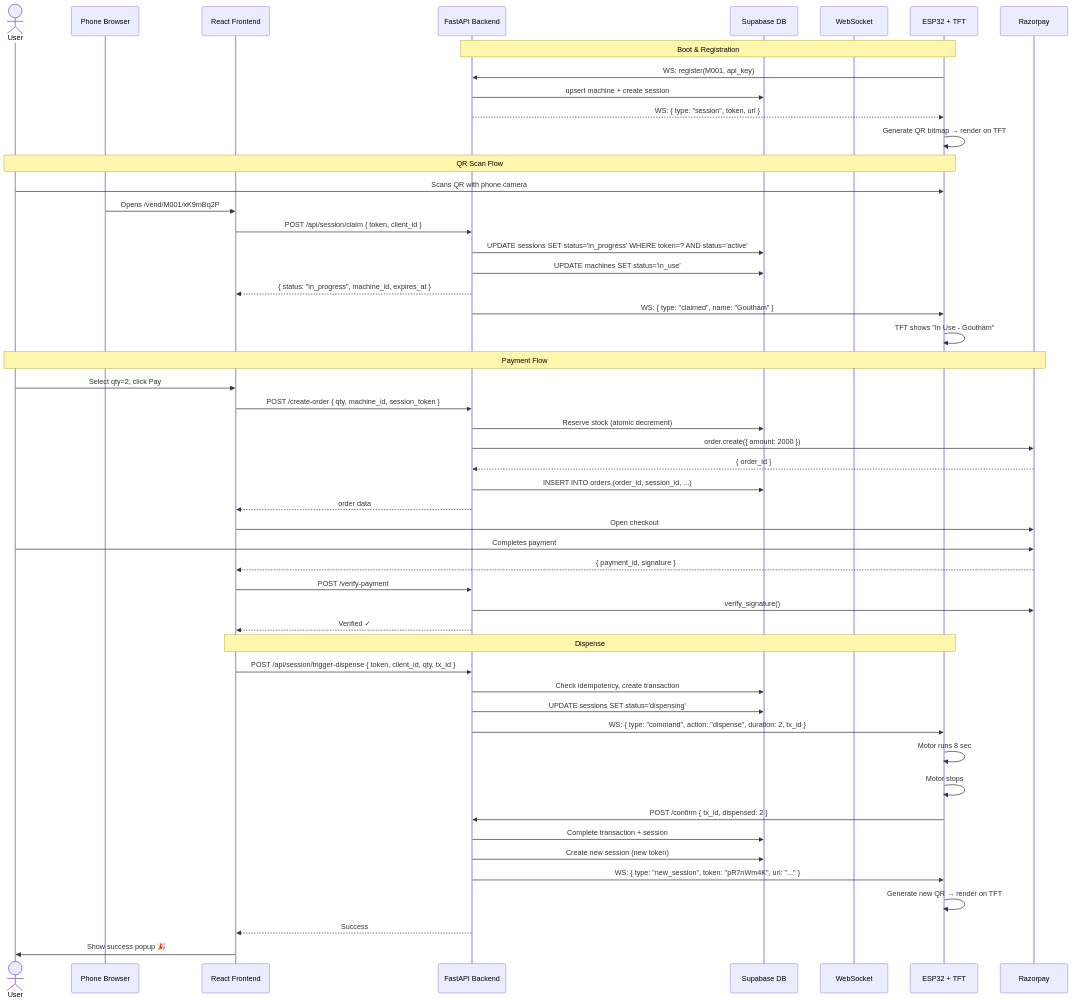
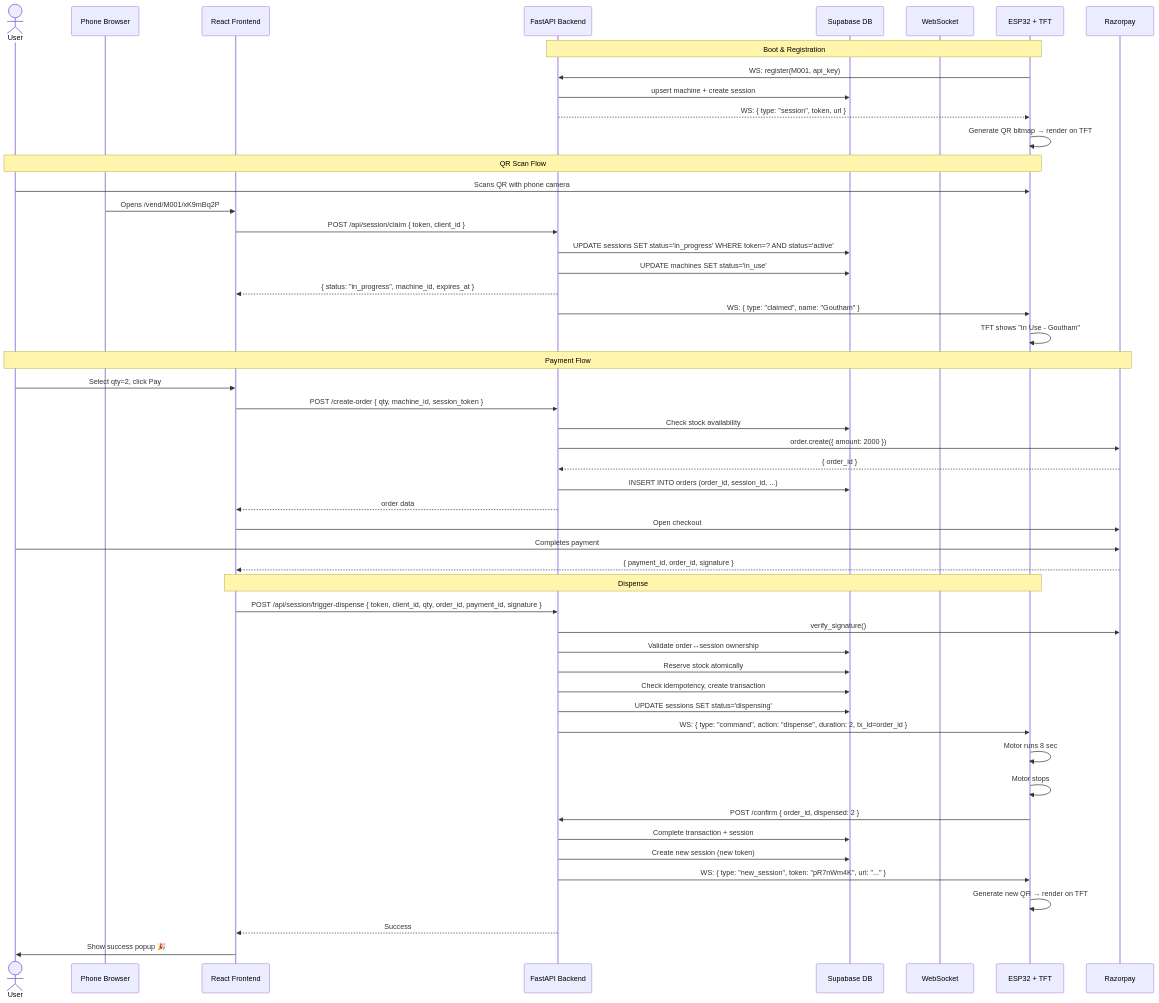
The second of 2 diagrams in SYSTEM_WORKFLOW.md (gouthamlingoju/SmartVend), drawn with Mermaid before and after one commit. The commit also changed other lines of this file and 5 other files, not shown here.

Commit message:
Enforce payment verification before dispense and stock update

````diff
--- a/SYSTEM_WORKFLOW.md
+++ b/SYSTEM_WORKFLOW.md
@@ -812,57 +811,57 @@
 ```mermaid
 sequenceDiagram
     actor User
     participant Phone as Phone Browser
     participant FE as React Frontend
     participant API as FastAPI Backend
     participant DB as Supabase DB
     participant WS as WebSocket
     participant ESP as ESP32 + TFT
     participant RP as Razorpay
 
     Note over ESP,API: Boot & Registration
     ESP->>API: WS: register(M001, api_key)
     API->>DB: upsert machine + create session
     API-->>ESP: WS: { type: "session", token, url }
     ESP->>ESP: Generate QR bitmap → render on TFT
 
     Note over User,ESP: QR Scan Flow
     User->>ESP: Scans QR with phone camera
     Phone->>FE: Opens /vend/M001/xK9mBq2P
     FE->>API: POST /api/session/claim { token, client_id }
     API->>DB: UPDATE sessions SET status='in_progress' WHERE token=? AND status='active'
     API->>DB: UPDATE machines SET status='in_use'
     API-->>FE: { status: "in_progress", machine_id, expires_at }
     API->>ESP: WS: { type: "claimed", name: "Goutham" }
     ESP->>ESP: TFT shows "In Use - Goutham"
 
     Note over User,RP: Payment Flow
     User->>FE: Select qty=2, click Pay
     FE->>API: POST /create-order { qty, machine_id, session_token }
-    API->>DB: Reserve stock (atomic decrement)
+    API->>DB: Check stock availability
     API->>RP: order.create({ amount: 2000 })
     RP-->>API: { order_id }
     API->>DB: INSERT INTO orders (order_id, session_id, ...)
     API-->>FE: order data
     FE->>RP: Open checkout
     User->>RP: Completes payment
-    RP-->>FE: { payment_id, signature }
-    FE->>API: POST /verify-payment
-    API->>RP: verify_signature()
-    API-->>FE: Verified ✓
+    RP-->>FE: { payment_id, order_id, signature }
 
     Note over FE,ESP: Dispense
-    FE->>API: POST /api/session/trigger-dispense { token, client_id, qty, tx_id }
+    FE->>API: POST /api/session/trigger-dispense { token, client_id, qty, order_id, payment_id, signature }
+    API->>RP: verify_signature()
+    API->>DB: Validate order↔session ownership
+    API->>DB: Reserve stock atomically
     API->>DB: Check idempotency, create transaction
     API->>DB: UPDATE sessions SET status='dispensing'
-    API->>ESP: WS: { type: "command", action: "dispense", duration: 2, tx_id }
+    API->>ESP: WS: { type: "command", action: "dispense", duration: 2, tx_id=order_id }
     ESP->>ESP: Motor runs 8 sec
     ESP->>ESP: Motor stops
-    ESP->>API: POST /confirm { tx_id, dispensed: 2 }
+    ESP->>API: POST /confirm { order_id, dispensed: 2 }
     API->>DB: Complete transaction + session
     API->>DB: Create new session (new token)
     API->>ESP: WS: { type: "new_session", token: "pR7nWm4K", url: "..." }
     ESP->>ESP: Generate new QR → render on TFT
     API-->>FE: Success
     FE->>User: Show success popup 🎉
 ```
````
